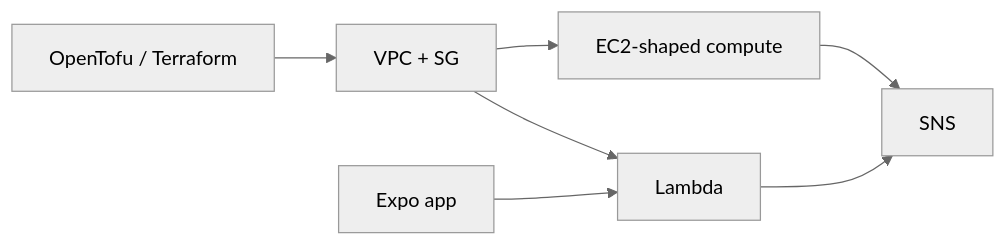
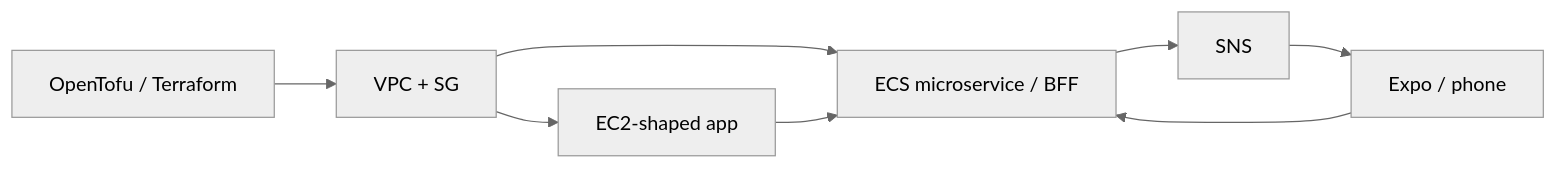
Before and after one commit to kgz/stackwrangler: the diagram in docs-site/guide/use-cases/opentofu-expo-iam.md, drawn with Mermaid (neutral theme). The commit also changed other lines of this file and 39 other files, not shown here.

````diff
--- a/docs-site/guide/use-cases/opentofu-expo-iam.md
+++ b/docs-site/guide/use-cases/opentofu-expo-iam.md
@@ -5,15 +7,16 @@
 ```mermaid
 flowchart LR
   TF[OpenTofu / Terraform]
   VPC[VPC + SG]
-  L[Lambda]
-  EC2[EC2-shaped compute]
+  EC2[EC2-shaped app]
+  ECS[ECS microservice / BFF]
   SNS[SNS]
-  Expo[Expo app]
+  Expo[Expo / phone]
   TF --> VPC
-  VPC --> L
   VPC --> EC2
-  L --> SNS
-  EC2 --> SNS
-  Expo --> L
+  VPC --> ECS
+  EC2 --> ECS
+  ECS --> SNS
+  SNS --> Expo
+  Expo --> ECS
 ```
````
